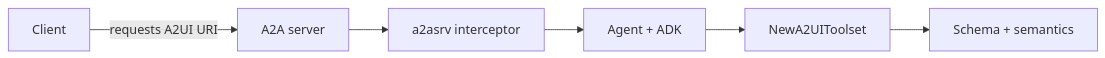
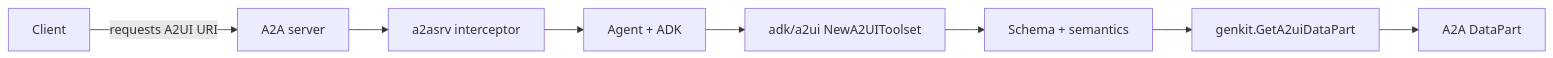
Before and after one commit to alis-exchange/a2a-a2ui-go: the diagram in README.md, drawn with Mermaid. The commit also changed other lines of this file and 11 other files, not shown here.

````diff
--- a/README.md
+++ b/README.md
@@ -29,8 +32,10 @@
 ```mermaid
 flowchart LR
   Client[Client] -->|requests A2UI URI| Server[A2A server]
   Server --> Interceptor[a2asrv interceptor]
   Interceptor --> Agent[Agent + ADK]
-  Agent --> Toolset[NewA2UIToolset]
+  Agent --> Toolset["adk/a2ui NewA2UIToolset"]
   Toolset --> Validate[Schema + semantics]
+  Validate --> Bridge["genkit.GetA2uiDataPart"]
+  Bridge --> Response[A2A DataPart]
 ```
````
